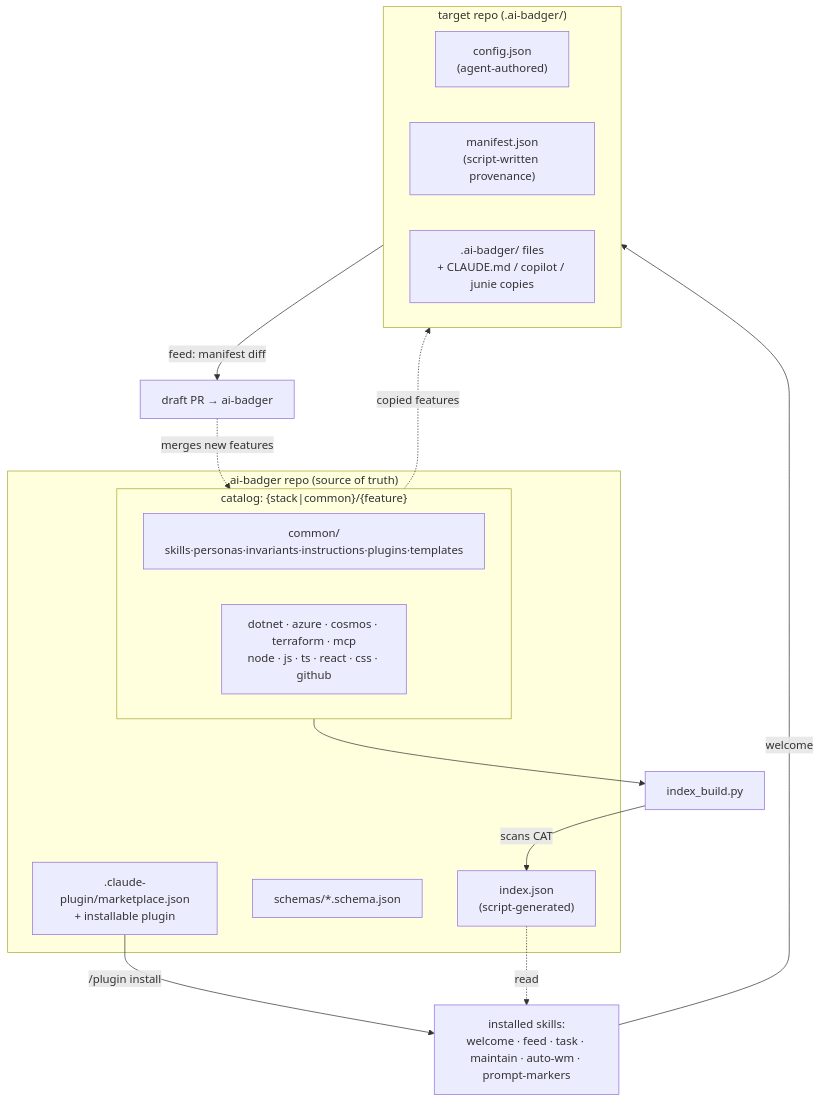
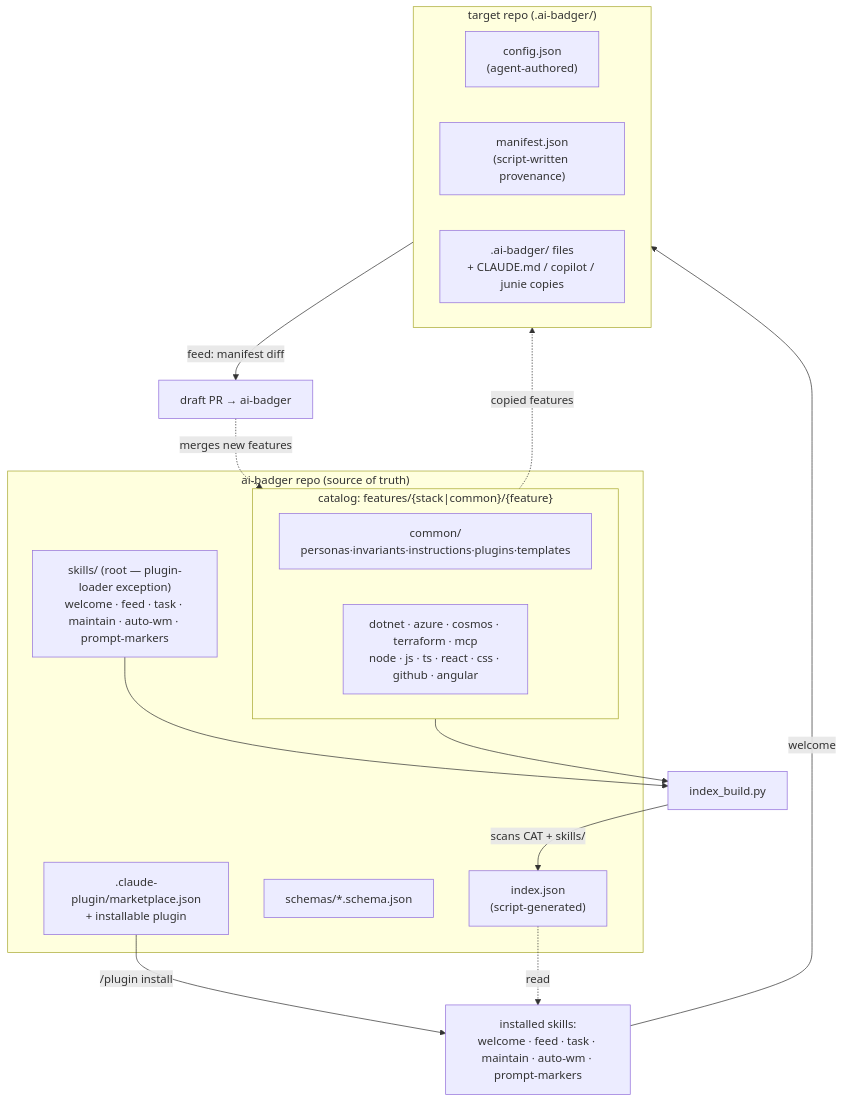
One commit to Arasz/ai-badger changed the first of 2 diagrams in README.md. Above: the diagram before and after it, drawn with Mermaid. The commit also changed other lines of this file and 85 other files, not shown here.

First line of the commit message:
refactor: features/ catalog reorg, plugins compaction, lint-clean scripts

````diff
--- a/README.md
+++ b/README.md
@@ -102,25 +117,27 @@
 ```mermaid
 flowchart TB
   subgraph FW["ai-badger repo (source of truth)"]
     IDX["index.json\n(script-generated)"]
     SCH["schemas/*.schema.json"]
-    subgraph CAT["catalog: {stack|common}/{feature}"]
-      COMMON["common/\nskills·personas·invariants·instructions·plugins·templates"]
-      STACKS["dotnet · azure · cosmos · terraform · mcp\nnode · js · ts · react · css · github"]
+    subgraph CAT["catalog: features/{stack|common}/{feature}"]
+      COMMON["common/\npersonas·invariants·instructions·plugins·templates"]
+      STACKS["dotnet · azure · cosmos · terraform · mcp\nnode · js · ts · react · css · github · angular"]
     end
+    SKILLSDIR["skills/ (root — plugin-loader exception)\nwelcome · feed · task · maintain · auto-wm · prompt-markers"]
     MKT[".claude-plugin/marketplace.json\n+ installable plugin"]
   end
-  IDXbuild["index_build.py"] -->|scans CAT| IDX
+  IDXbuild["index_build.py"] -->|scans CAT + skills/| IDX
   CAT --> IDXbuild
+  SKILLSDIR --> IDXbuild
   MKT -->|/plugin install| SKILLS["installed skills:\nwelcome · feed · task · maintain · auto-wm · prompt-markers"]
   IDX -. read .-> SKILLS
   CAT -. copied features .-> PROJ
   subgraph PROJ["target repo (.ai-badger/)"]
     CFG["config.json\n(agent-authored)"]
     MAN["manifest.json\n(script-written provenance)"]
     OUT[".ai-badger/ files\n+ CLAUDE.md / copilot / junie copies"]
   end
   SKILLS -->|welcome| PROJ
   PROJ -->|feed: manifest diff| PRD["draft PR → ai-badger"]
   PRD -. merges new features .-> CAT
 ```
````
